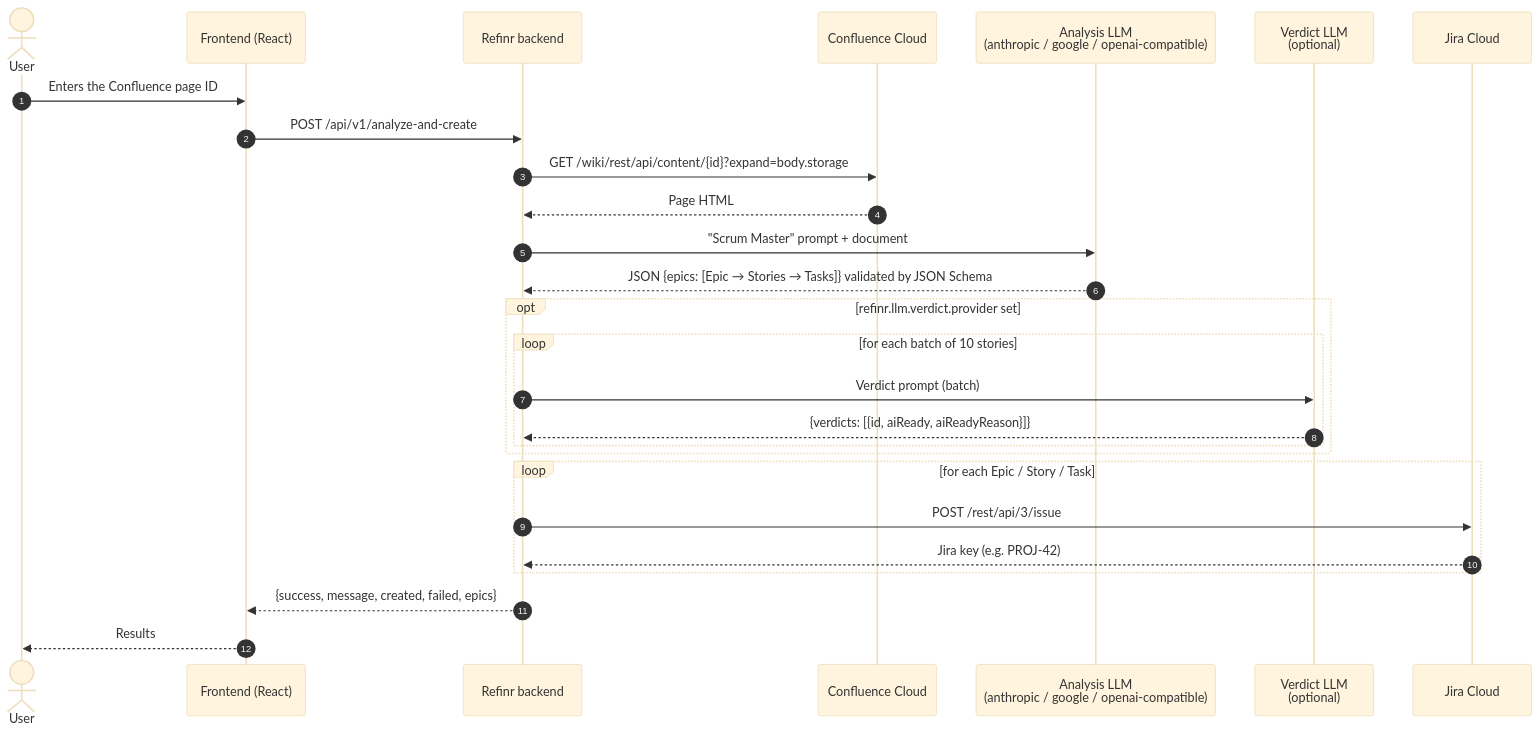
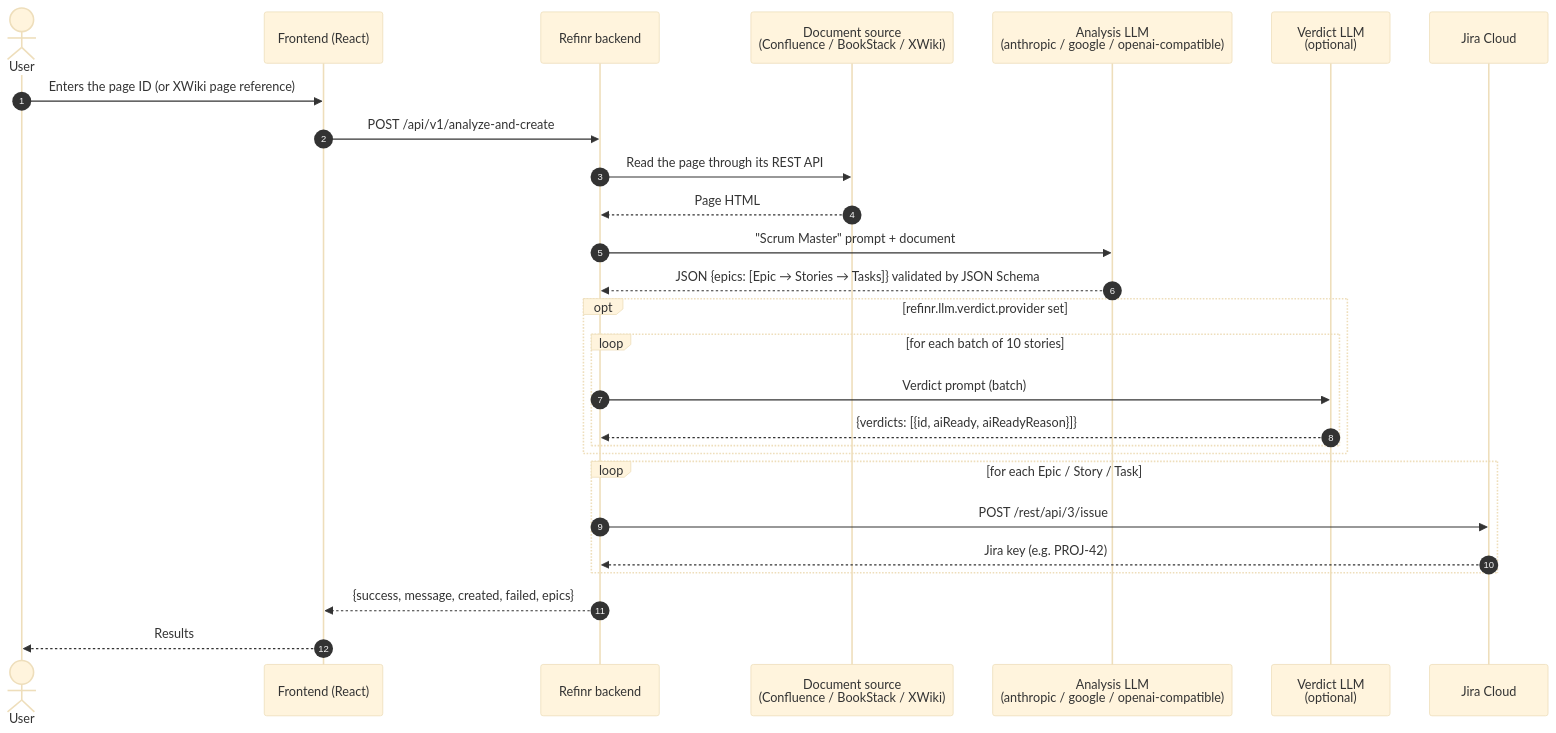
One commit to chams-bensalem/refinr changed the first of 2 diagrams in README.md. Above: the diagram before and after it, drawn with Mermaid (base theme). The commit also changed other lines of this file and 19 other files, not shown here.

````diff
--- a/README.md
+++ b/README.md
@@ -129,30 +138,30 @@
 ```mermaid
 sequenceDiagram
     autonumber
     actor U as User
     participant F as Frontend (React)
     participant B as Refinr backend
-    participant C as Confluence Cloud
+    participant C as Document source<br/>(Confluence / BookStack / XWiki)
     participant A as Analysis LLM<br/>(anthropic / google / openai-compatible)
     participant V as Verdict LLM<br/>(optional)
     participant J as Jira Cloud
 
-    U->>F: Enters the Confluence page ID
+    U->>F: Enters the page ID (or XWiki page reference)
     F->>B: POST /api/v1/analyze-and-create
-    B->>C: GET /wiki/rest/api/content/{id}?expand=body.storage
+    B->>C: Read the page through its REST API
     C-->>B: Page HTML
     B->>A: "Scrum Master" prompt + document
     A-->>B: JSON {epics: [Epic → Stories → Tasks]} validated by JSON Schema
     opt refinr.llm.verdict.provider set
         loop for each batch of 10 stories
             B->>V: Verdict prompt (batch)
             V-->>B: {verdicts: [{id, aiReady, aiReadyReason}]}
         end
     end
     loop for each Epic / Story / Task
         B->>J: POST /rest/api/3/issue
         J-->>B: Jira key (e.g. PROJ-42)
     end
     B-->>F: {success, message, created, failed, epics}
     F-->>U: Results
 ```
````
